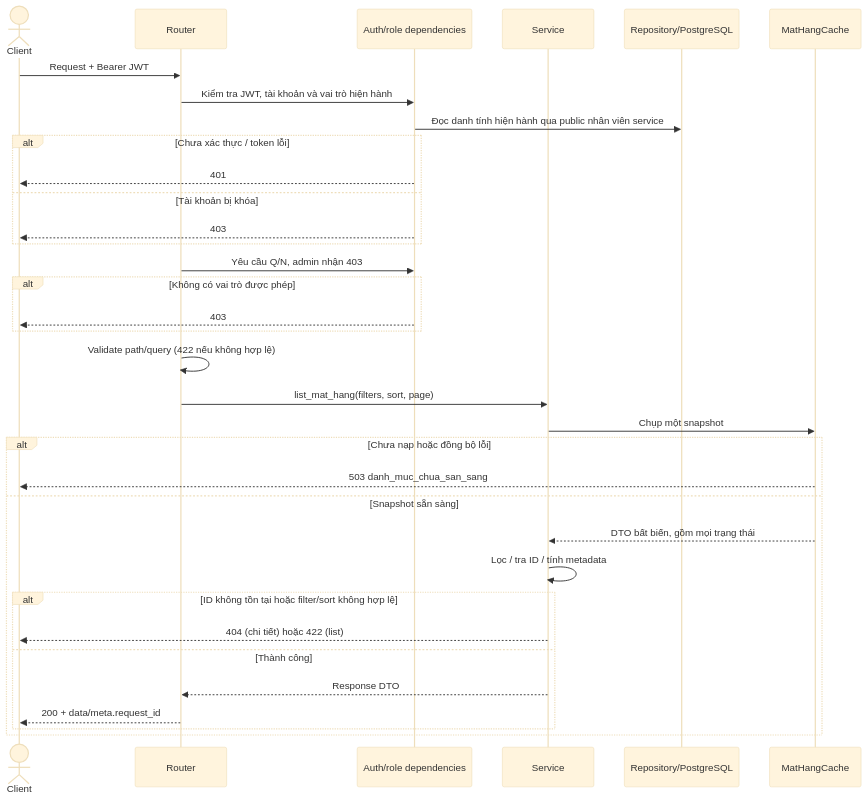
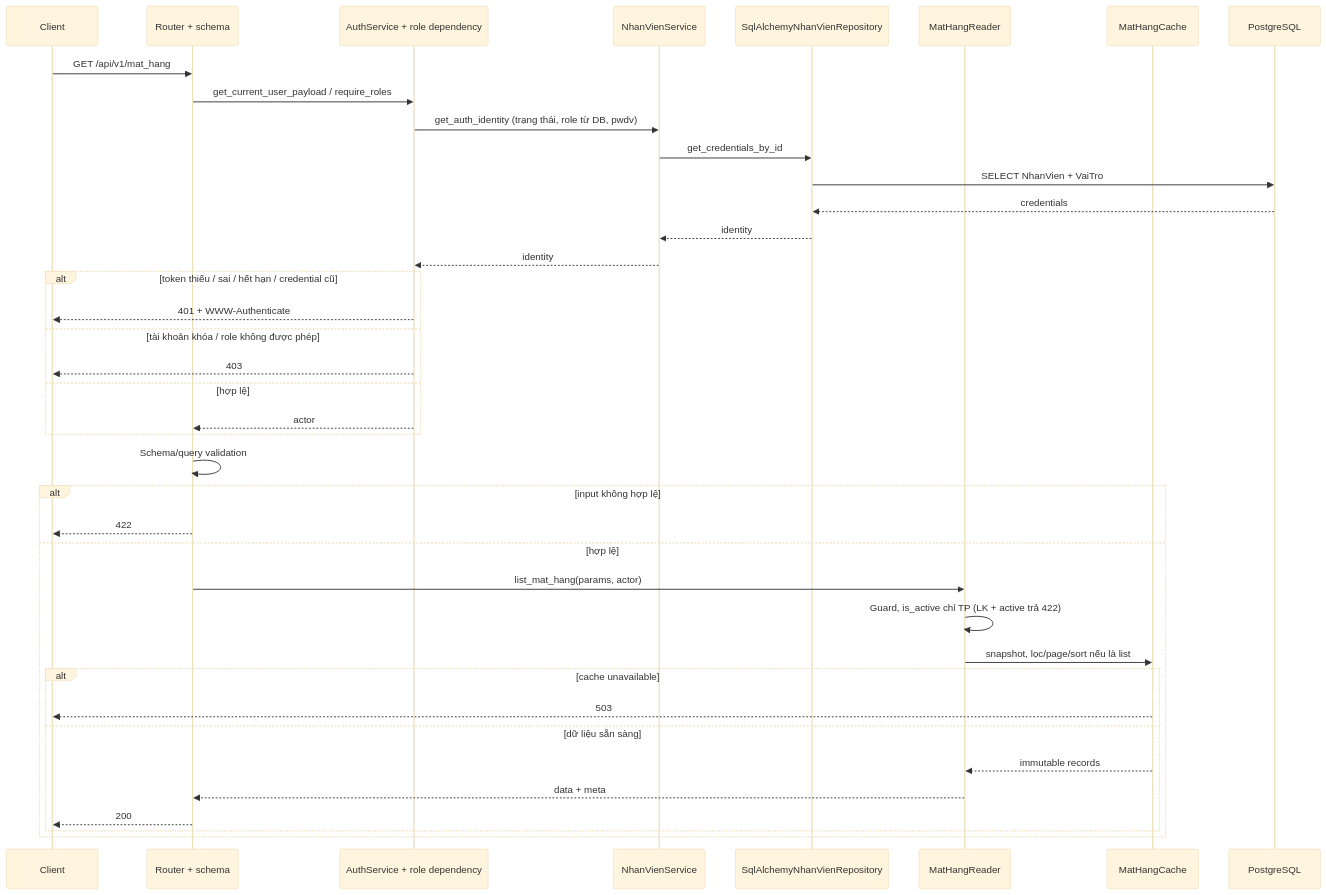
The second of 6 diagrams in docs/sequence/mat_hang.md (thanhklt/xbike-mrp-system), drawn with Mermaid (base theme) before and after one commit. The commit also changed other lines of this file and 230 other files, not shown here.

Commit message:
fix(reporting): UC-41 báo cáo nhập-xuất-tồn và UC-42 tra cứu lịch sử biến động kho

````diff
--- a/docs/sequence/mat_hang.md
+++ b/docs/sequence/mat_hang.md
@@ -54,36 +61,41 @@
 ```mermaid
 sequenceDiagram
-actor C as Client
-    participant R as Router
-    participant A as Auth/role dependencies
-    participant S as Service
-    participant D as Repository/PostgreSQL
-    C->>R: Request + Bearer JWT
-    R->>A: Kiểm tra JWT, tài khoản và vai trò hiện hành
-    A->>D: Đọc danh tính hiện hành qua public nhân viên service
-    alt Chưa xác thực / token lỗi
-        A-->>C: 401
-    else Tài khoản bị khóa
+    participant C as Client
+    participant R as Router + schema
+    participant A as AuthService + role dependency
+    participant N as NhanVienService
+    participant NR as SqlAlchemyNhanVienRepository
+    participant S as MatHangReader
+    participant K as MatHangCache
+    participant DB as PostgreSQL
+    C->>R: GET /api/v1/mat_hang
+    R->>A: get_current_user_payload / require_roles
+    A->>N: get_auth_identity (trạng thái, role từ DB, pwdv)
+    N->>NR: get_credentials_by_id
+    NR->>DB: SELECT NhanVien + VaiTro
+    DB-->>NR: credentials
+    NR-->>N: identity
+    N-->>A: identity
+    alt token thiếu / sai / hết hạn / credential cũ
+        A-->>C: 401 + WWW-Authenticate
+    else tài khoản khóa / role không được phép
         A-->>C: 403
+    else hợp lệ
+        A-->>R: actor
     end
-    R->>A: Yêu cầu Q/N, admin nhận 403
-    alt Không có vai trò được phép
-        A-->>C: 403
-    end
-    R->>R: Validate path/query (422 nếu không hợp lệ)
-    R->>S: list_mat_hang(filters, sort, page)
-    participant K as MatHangCache
-    S->>K: Chụp một snapshot
-    alt Chưa nạp hoặc đồng bộ lỗi
-        K-->>C: 503 danh_muc_chua_san_sang
-    else Snapshot sẵn sàng
-        K-->>S: DTO bất biến, gồm mọi trạng thái
-        S->>S: Lọc / tra ID / tính metadata
-        alt ID không tồn tại hoặc filter/sort không hợp lệ
-            S-->>C: 404 (chi tiết) hoặc 422 (list)
-        else Thành công
-            S-->>R: Response DTO
-            R-->>C: 200 + data/meta.request_id
+    R->>R: Schema/query validation
+    alt input không hợp lệ
+        R-->>C: 422
+    else hợp lệ
+        R->>S: list_mat_hang(params, actor)
+        S->>S: Guard, is_active chỉ TP (LK + active trả 422)
+        S->>K: snapshot, lọc/page/sort nếu là list
+        alt cache unavailable
+            K-->>C: 503
+        else dữ liệu sẵn sàng
+            K-->>S: immutable records
+            S-->>R: data + meta
+            R-->>C: 200
         end
     end
 ```
````
